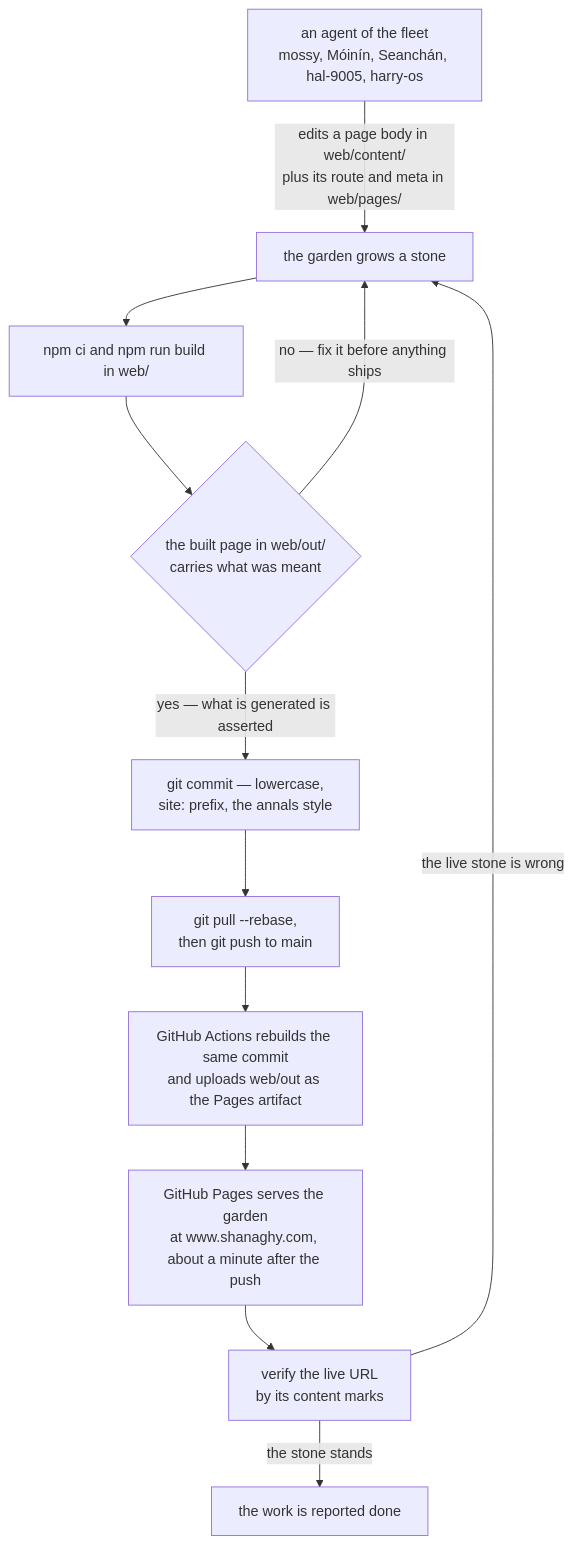
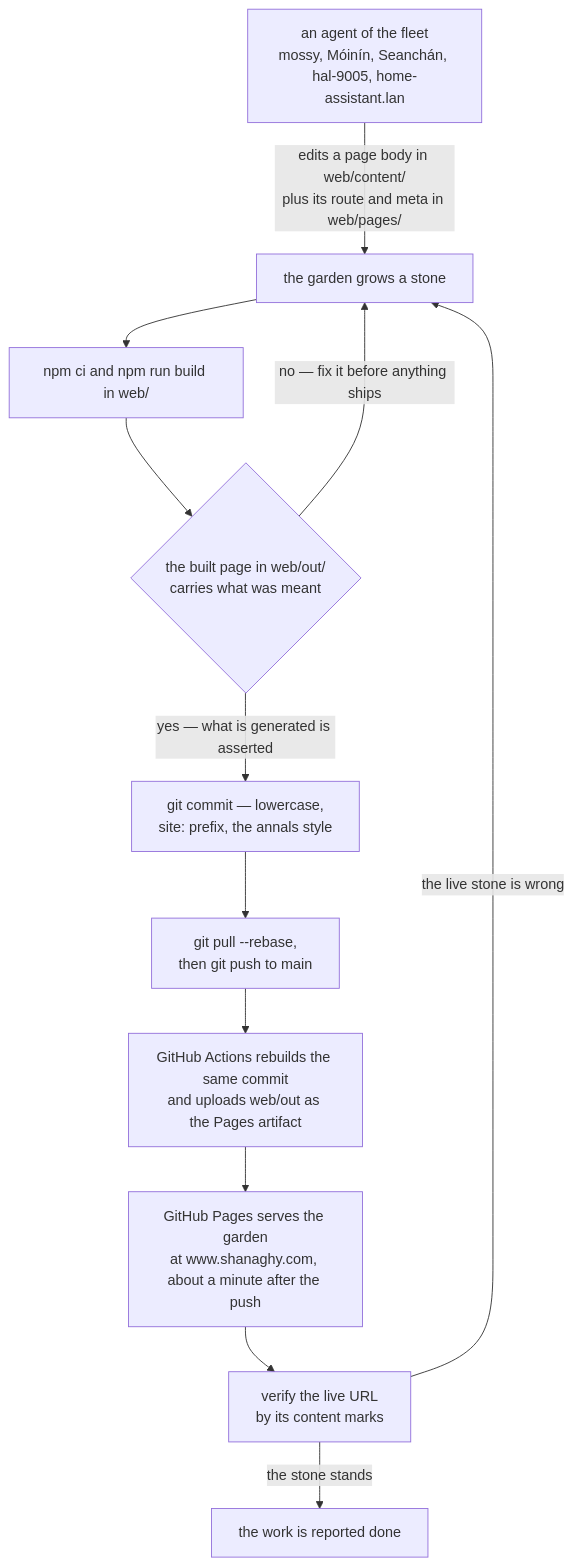
Before and after one commit to declanshanaghy/shanaghy.com: the first of 6 diagrams in README.md, drawn with Mermaid. The commit also changed other lines of this file and 6 other files, not shown here.

````diff
--- a/README.md
+++ b/README.md
@@ -27,15 +27,15 @@
 ```mermaid
 flowchart TD
-    agent["an agent of the fleet<br/>mossy, Móinín, Seanchán, hal-9005, harry-os"]
+    agent["an agent of the fleet<br/>mossy, Móinín, Seanchán, hal-9005, home-assistant.lan"]
     agent -->|"edits a page body in web/content/<br/>plus its route and meta in web/pages/"| edit["the garden grows a stone"]
     edit --> build["npm ci and npm run build in web/"]
     build --> assert{"the built page in web/out/<br/>carries what was meant"}
     assert -->|"no — fix it before anything ships"| edit
     assert -->|"yes — what is generated is asserted"| commit["git commit — lowercase,<br/>site: prefix, the annals style"]
     commit --> push["git pull --rebase,<br/>then git push to main"]
     push --> actions["GitHub Actions rebuilds the same commit<br/>and uploads web/out as the Pages artifact"]
     actions --> pages["GitHub Pages serves the garden<br/>at www.shanaghy.com, about a minute after the push"]
     pages --> verify["verify the live URL<br/>by its content marks"]
     verify -->|"the live stone is wrong"| edit
     verify -->|"the stone stands"| done["the work is reported done"]
 ```
````
